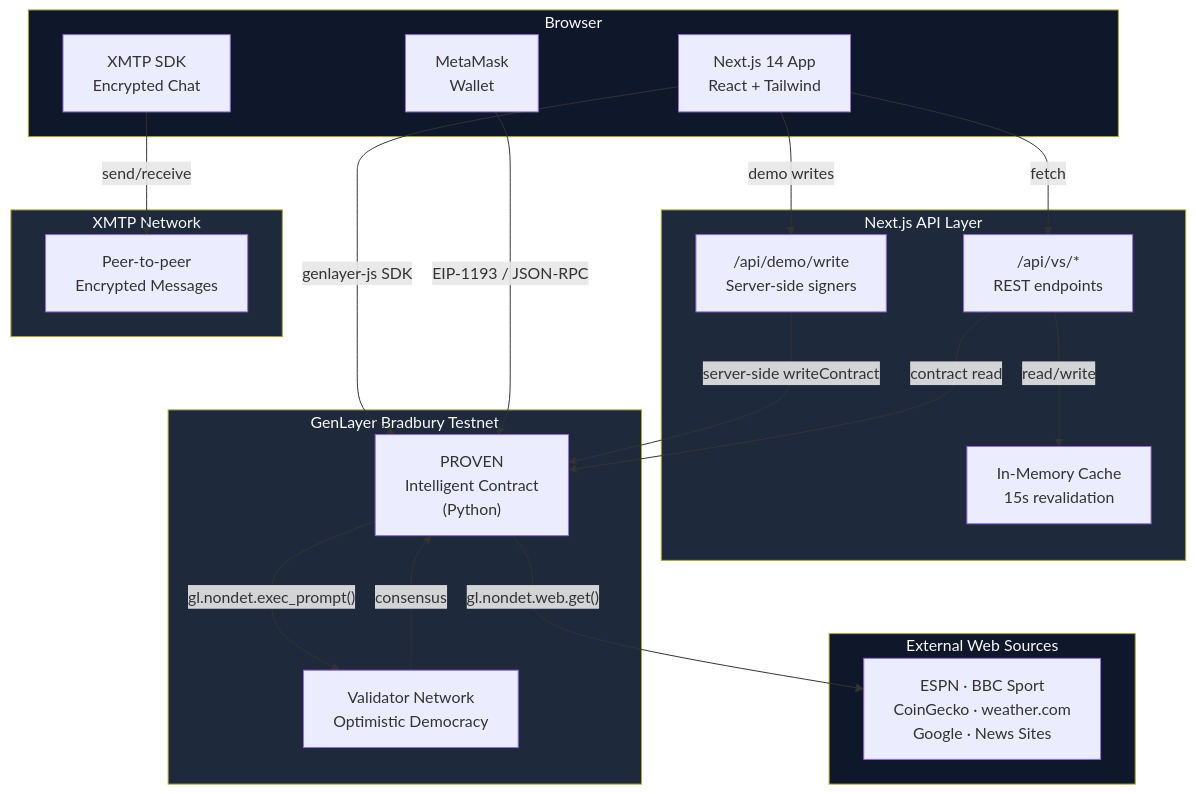
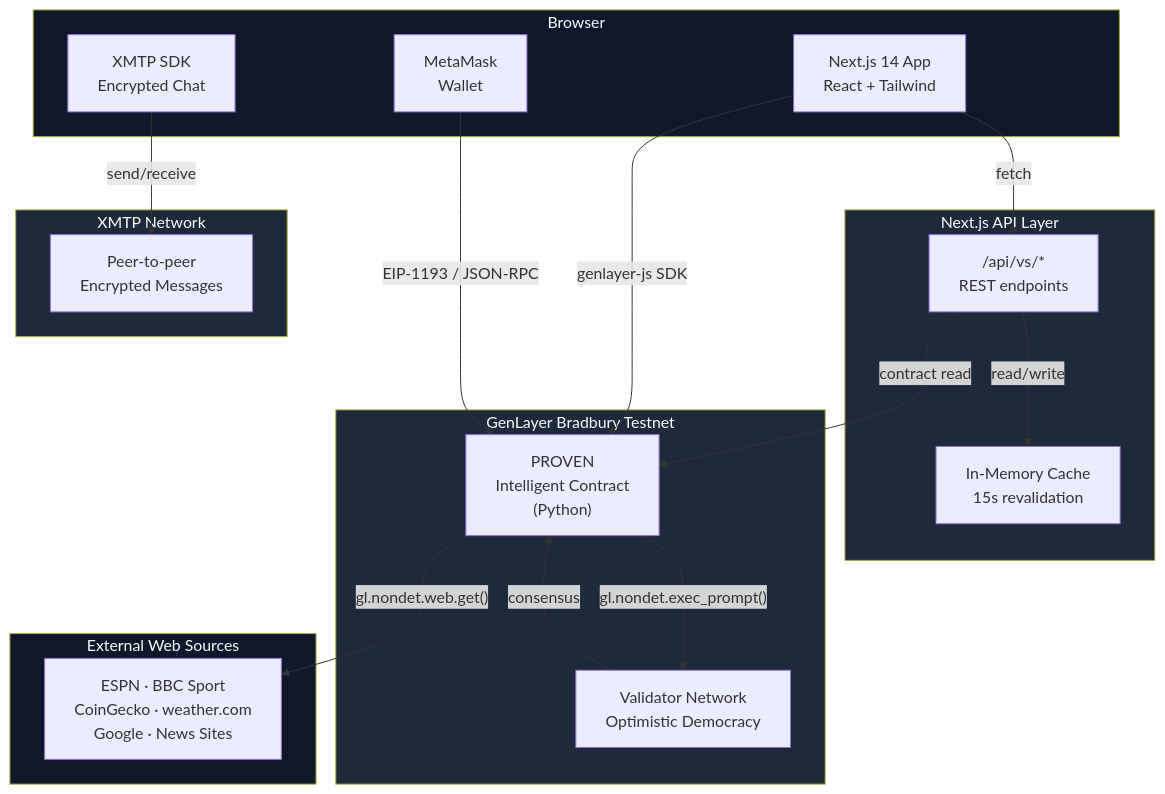
One commit to proven-xyz/proven-app changed the first of 4 diagrams in README.md. Above: the diagram before and after it, drawn with Mermaid. The commit also changed other lines of this file and 1 other file, not shown here.

````diff
--- a/README.md
+++ b/README.md
@@ -124,45 +120,42 @@
 ```mermaid
 flowchart TB
     subgraph Browser["Browser"]
         UI["Next.js 14 App\nReact + Tailwind"]
         Wallet["MetaMask\nWallet"]
         XMTP["XMTP SDK\nEncrypted Chat"]
     end
 
     subgraph API["Next.js API Layer"]
         Cache["In-Memory Cache\n15s revalidation"]
         Routes["/api/vs/*\nREST endpoints"]
-        DemoRelay["/api/demo/write\nServer-side signers"]
     end
 
     subgraph GenLayer["GenLayer Bradbury Testnet"]
         Contract["PROVEN\nIntelligent Contract\n(Python)"]
         Validators["Validator Network\nOptimistic Democracy"]
     end
 
     subgraph External["External Web Sources"]
         Sources["ESPN · BBC Sport\nCoinGecko · weather.com\nGoogle · News Sites"]
     end
 
     subgraph Messaging["XMTP Network"]
         XMTPNet["Peer-to-peer\nEncrypted Messages"]
     end
 
     UI -- "genlayer-js SDK" --> Contract
     Wallet -- "EIP-1193 / JSON-RPC" --> Contract
     UI -- "fetch" --> Routes
-    UI -- "demo writes" --> DemoRelay
-    DemoRelay -- "server-side writeContract" --> Contract
     Routes -- "contract read" --> Contract
     Routes -- "read/write" --> Cache
     Contract -- "gl.nondet.web.get()" --> Sources
     Contract -- "gl.nondet.exec_prompt()" --> Validators
     Validators -- "consensus" --> Contract
     XMTP -- "send/receive" --> XMTPNet
 
     style Browser fill:#0f172a,color:#f8fafc
     style API fill:#1e293b,color:#f8fafc
     style GenLayer fill:#1e293b,color:#f8fafc
     style External fill:#0f172a,color:#f8fafc
     style Messaging fill:#1e293b,color:#f8fafc
 ```
````
